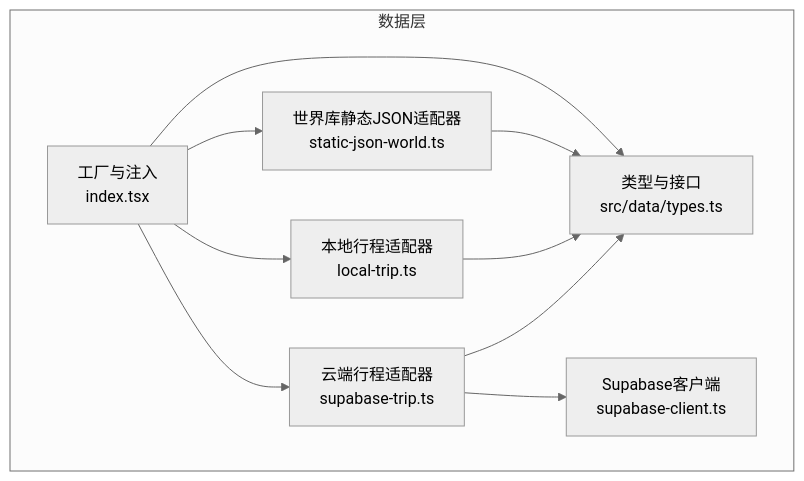
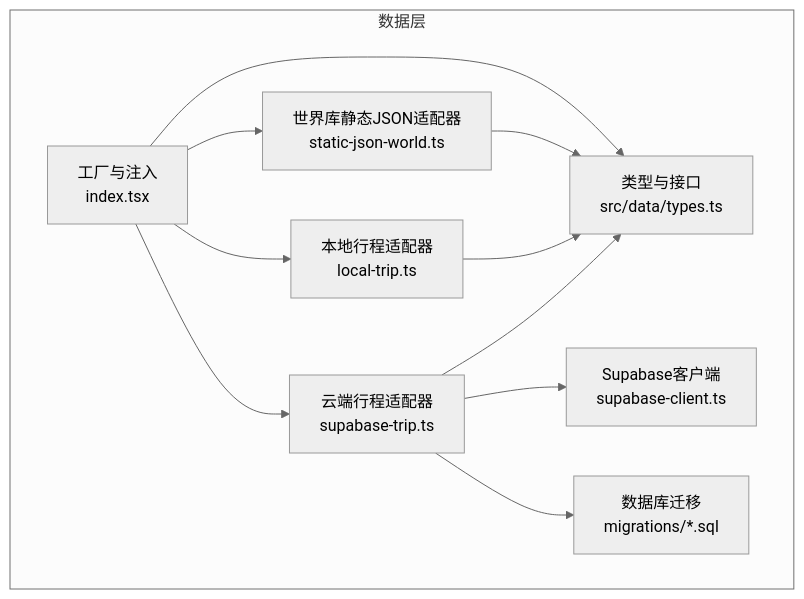
One commit to huangyilu/wanwuyishi changed the first of 6 diagrams in .qoder/repowiki/zh/content/数据层架构/数据适配器/数据适配器.md. Above: the diagram before and after it, drawn with Mermaid (neutral theme). The commit also changed other lines of this file and 93 other files, not shown here.

````diff
--- a/.qoder/repowiki/zh/content/数据层架构/数据适配器/数据适配器.md
+++ b/.qoder/repowiki/zh/content/数据层架构/数据适配器/数据适配器.md
@@ -43,19 +54,21 @@
 ```mermaid
 graph TB
 subgraph "数据层"
 Types["类型与接口<br/>src/data/types.ts"]
 LocalRepo["本地行程适配器<br/>local-trip.ts"]
 CloudRepo["云端行程适配器<br/>supabase-trip.ts"]
 WorldRepo["世界库静态JSON适配器<br/>static-json-world.ts"]
 Factory["工厂与注入<br/>index.tsx"]
 SBClient["Supabase客户端<br/>supabase-client.ts"]
+DB["数据库迁移<br/>migrations/*.sql"]
 end
 Factory --> Types
 Factory --> LocalRepo
 Factory --> CloudRepo
 Factory --> WorldRepo
 CloudRepo --> SBClient
+CloudRepo --> DB
 WorldRepo --> Types
 LocalRepo --> Types
 CloudRepo --> Types
 ```
````
